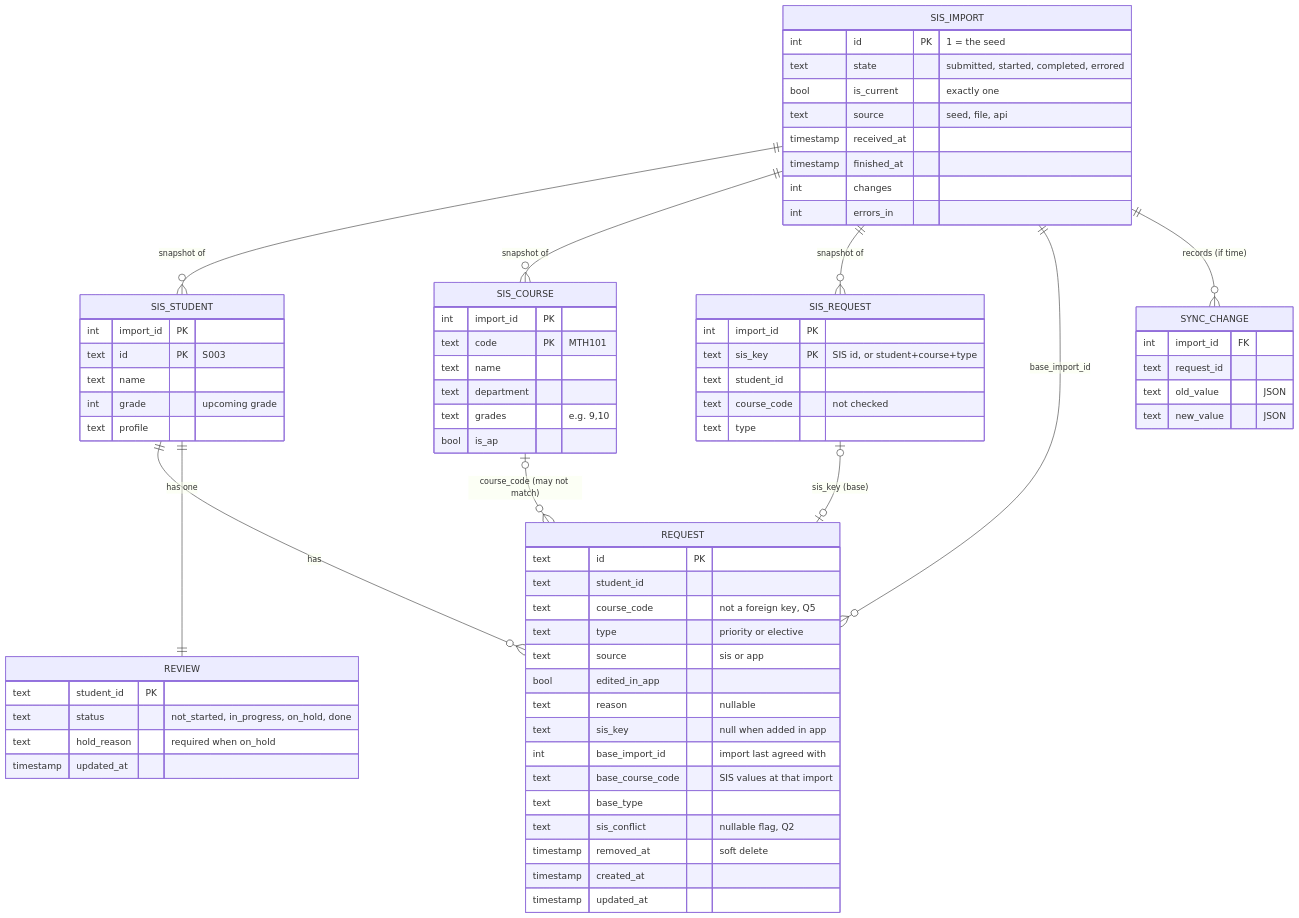
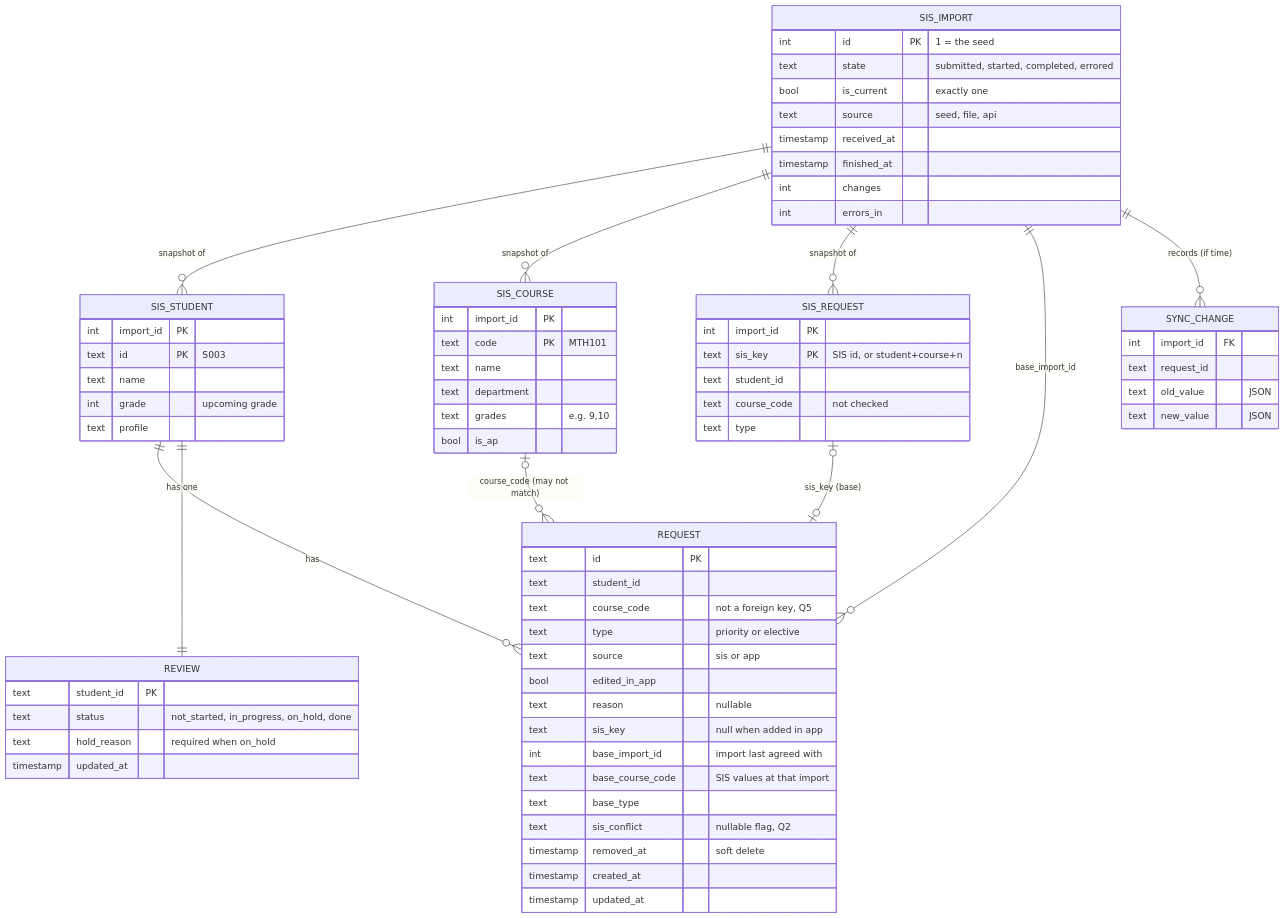
Before and after one commit to stephenmayer/CourseManager: the diagram in docs/architecture/schema.md, drawn with Mermaid. The commit also changed other lines of this file and 2 other files, not shown here.

First line of the commit message:
Q18: SIS request key is student+course+counter, not type

````diff
--- a/docs/architecture/schema.md
+++ b/docs/architecture/schema.md
@@ -15,74 +15,74 @@
 ```mermaid
 erDiagram
     SIS_IMPORT ||--o{ SIS_STUDENT : "snapshot of"
     SIS_IMPORT ||--o{ SIS_COURSE : "snapshot of"
     SIS_IMPORT ||--o{ SIS_REQUEST : "snapshot of"
     SIS_STUDENT ||--o{ REQUEST : "has"
     SIS_STUDENT ||--|| REVIEW : "has one"
     SIS_COURSE |o--o{ REQUEST : "course_code (may not match)"
     SIS_REQUEST |o--o| REQUEST : "sis_key (base)"
     SIS_IMPORT ||--o{ REQUEST : "base_import_id"
     SIS_IMPORT ||--o{ SYNC_CHANGE : "records (if time)"
 
     SIS_IMPORT {
         int id PK "1 = the seed"
         text state "submitted, started, completed, errored"
         bool is_current "exactly one"
         text source "seed, file, api"
         timestamp received_at
         timestamp finished_at
         int changes
         int errors_in
     }
     SIS_STUDENT {
         int import_id PK
         text id PK "S003"
         text name
         int grade "upcoming grade"
         text profile
     }
     SIS_COURSE {
         int import_id PK
         text code PK "MTH101"
         text name
         text department
         text grades "e.g. 9,10"
         bool is_ap
     }
     SIS_REQUEST {
         int import_id PK
-        text sis_key PK "SIS id, or student+course+type"
+        text sis_key PK "SIS id, or student+course+n"
         text student_id
         text course_code "not checked"
         text type
     }
     REQUEST {
         text id PK
         text student_id
         text course_code "not a foreign key, Q5"
         text type "priority or elective"
         text source "sis or app"
         bool edited_in_app
         text reason "nullable"
         text sis_key "null when added in app"
         int base_import_id "import last agreed with"
         text base_course_code "SIS values at that import"
         text base_type
         text sis_conflict "nullable flag, Q2"
         timestamp removed_at "soft delete"
         timestamp created_at
         timestamp updated_at
     }
     REVIEW {
         text student_id PK
         text status "not_started, in_progress, on_hold, done"
         text hold_reason "required when on_hold"
         timestamp updated_at
     }
     SYNC_CHANGE {
         int import_id FK
         text request_id
         text old_value "JSON"
         text new_value "JSON"
     }
 ```
````
